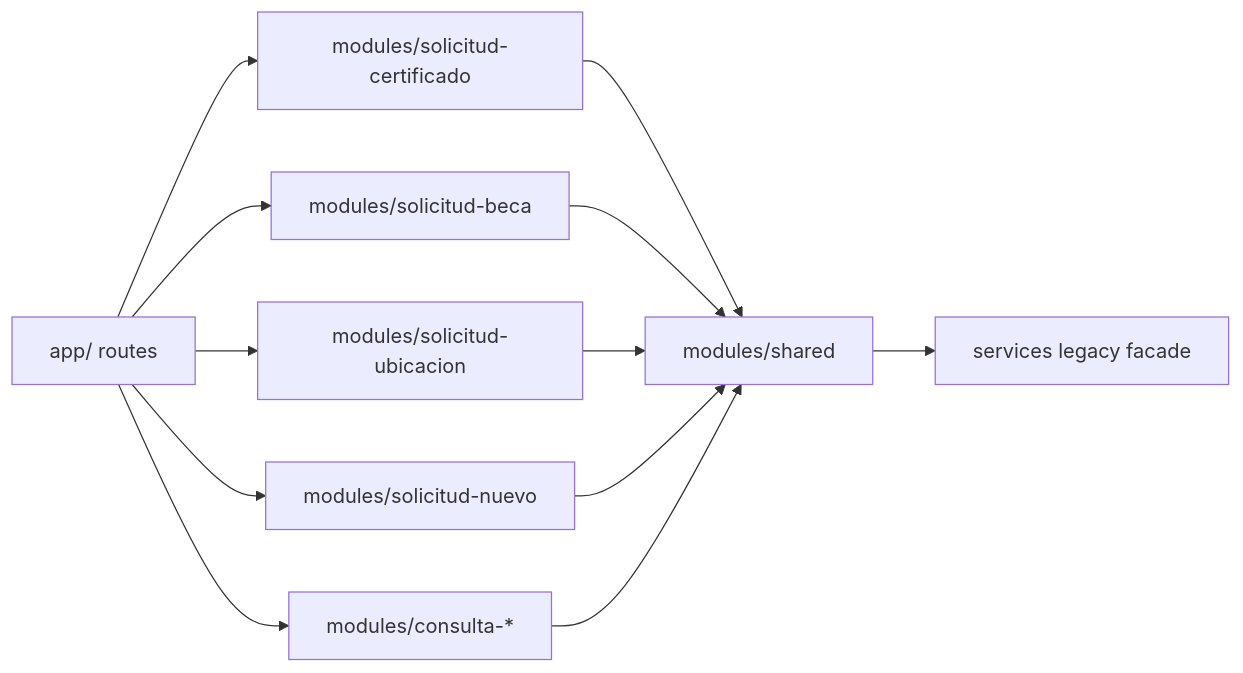
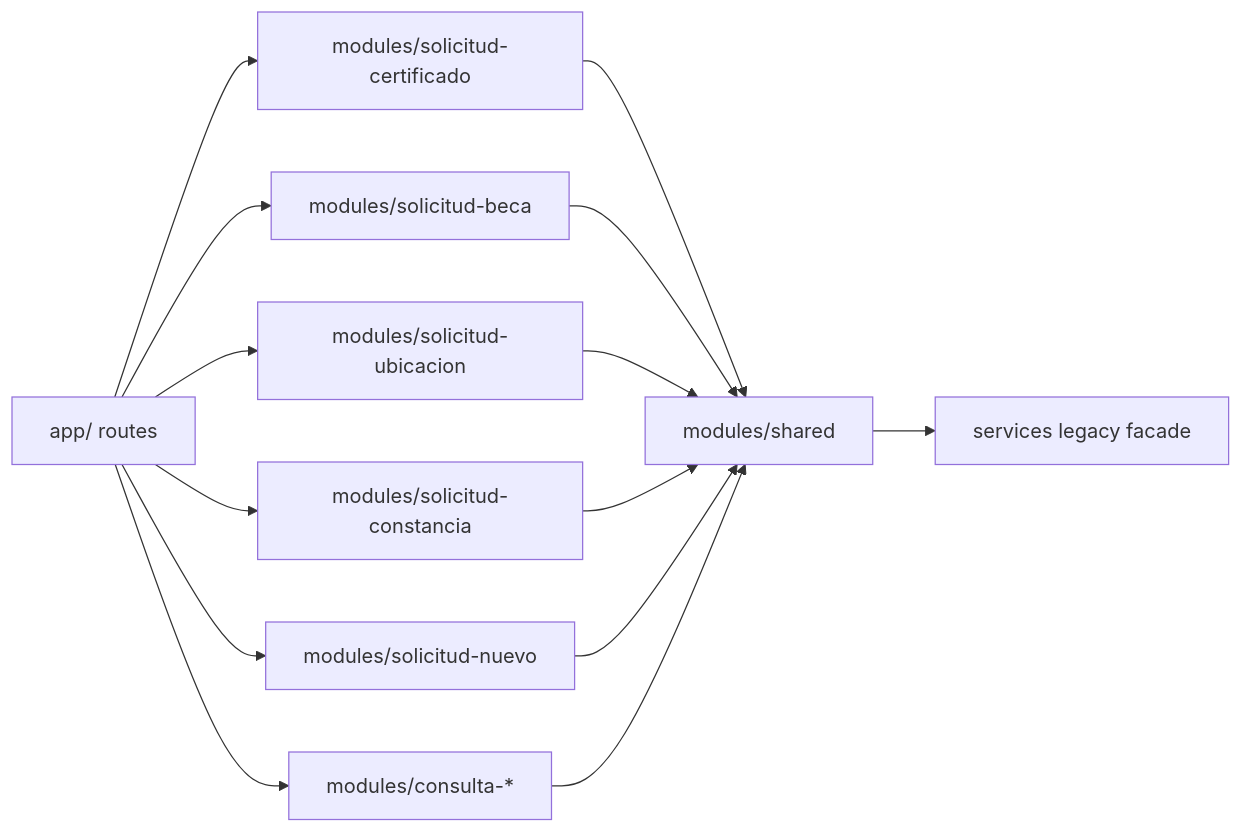
The fourth of 10 diagrams in docs/architecture/complete-architecture.md (luismiguelgs/ciunac-sol-1.3), drawn with Mermaid before and after one commit. The commit also changed other lines of this file and 60 other files, not shown here.

````diff
--- a/docs/architecture/complete-architecture.md
+++ b/docs/architecture/complete-architecture.md
@@ -133,15 +134,17 @@
 ```mermaid
 flowchart LR
     App["app/ routes"] --> Cert["modules/solicitud-certificado"]
     App --> Beca["modules/solicitud-beca"]
     App --> Ubi["modules/solicitud-ubicacion"]
+    App --> Constancia["modules/solicitud-constancia"]
     App --> Nuevo["modules/solicitud-nuevo"]
     App --> Consulta["modules/consulta-*"]
 
     Cert --> Shared["modules/shared"]
     Beca --> Shared
     Ubi --> Shared
+    Constancia --> Shared
     Nuevo --> Shared
     Consulta --> Shared
     Shared --> Services["services legacy facade"]
 ```
````
